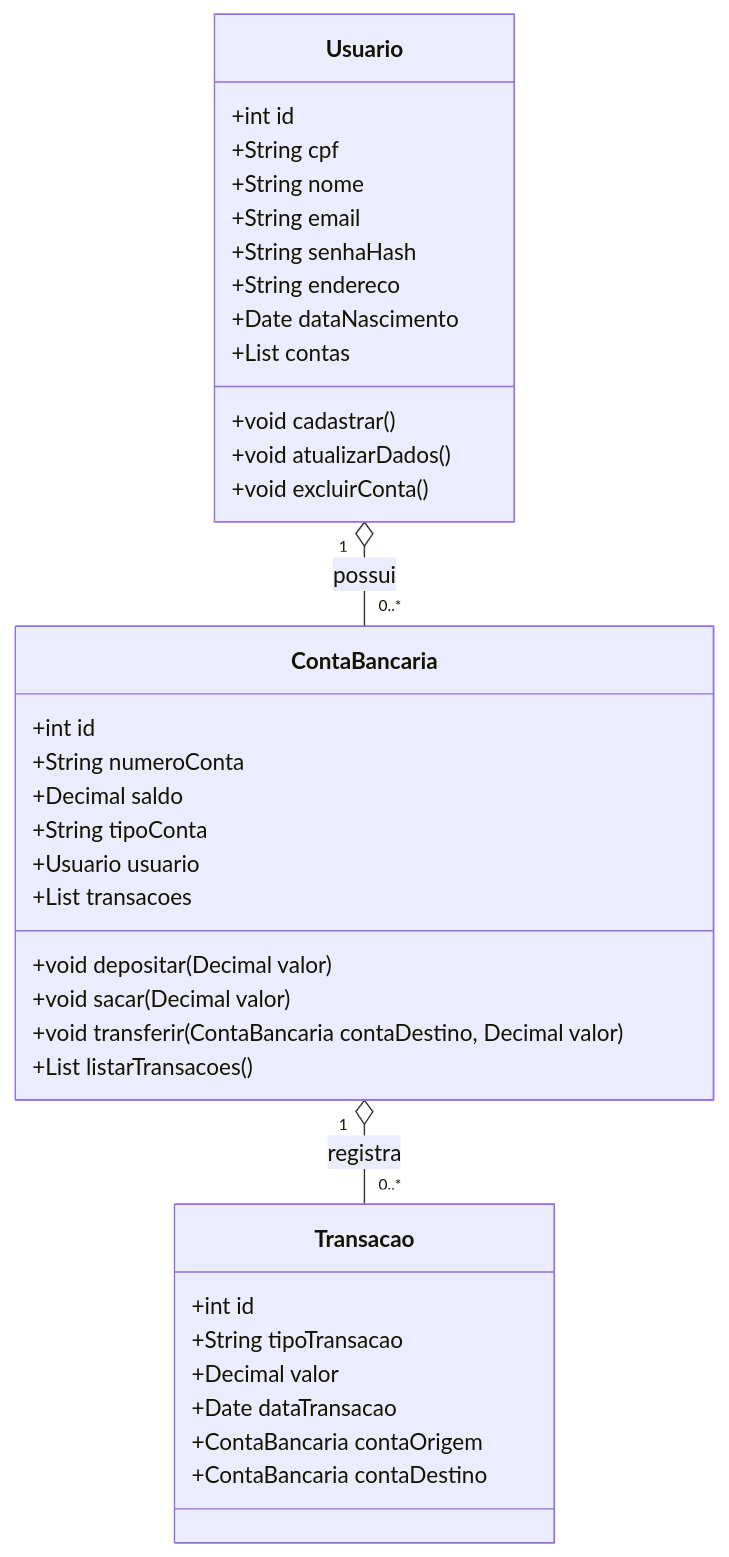
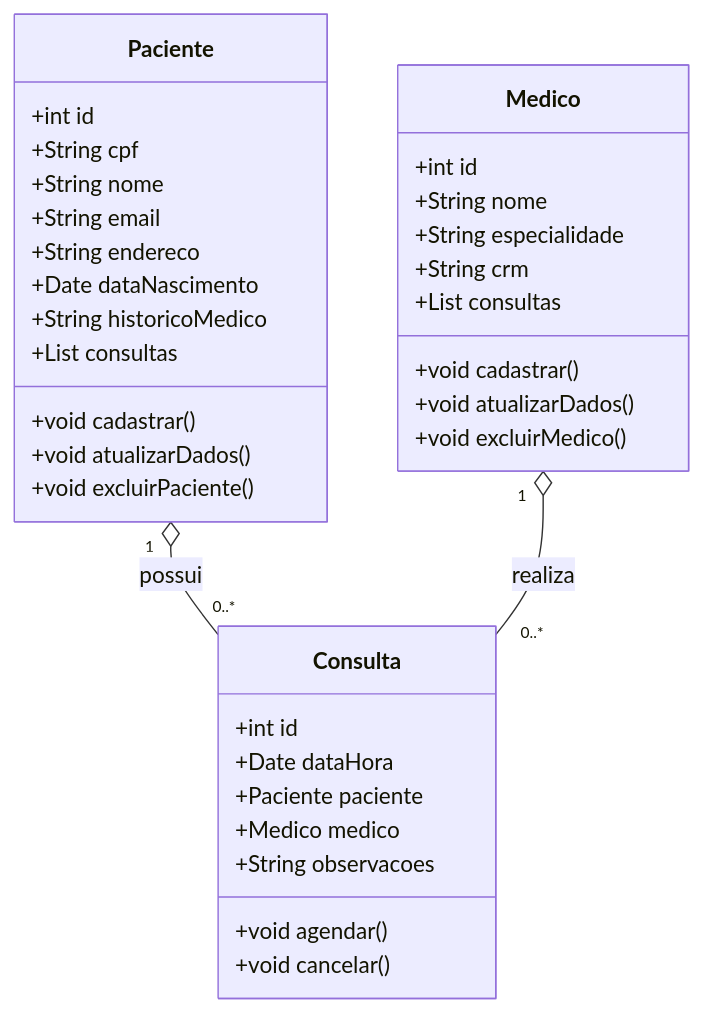
The first of 2 diagrams in somativa_java/README.md (DaviEspinosa/JAVA_4SEM), drawn with Mermaid before and after one commit. The commit also changed other lines of this file, not shown here.

````diff
--- a/somativa_java/README.md
+++ b/somativa_java/README.md
@@ -58,38 +56,38 @@
 ```mermaid
 classDiagram
-    class Usuario {
+    class Paciente {
         +int id
         +String cpf
         +String nome
         +String email
-        +String senhaHash
         +String endereco
         +Date dataNascimento
-        +List<ContaBancaria> contas
+        +String historicoMedico
+        +List<Consulta> consultas
         +void cadastrar()
         +void atualizarDados()
-        +void excluirConta()
+        +void excluirPaciente()
     }
-    class ContaBancaria {
+    class Medico {
         +int id
-        +String numeroConta
-        +Decimal saldo
-        +String tipoConta
-        +Usuario usuario
-        +void depositar(Decimal valor)
-        +void sacar(Decimal valor)
-        +void transferir(ContaBancaria contaDestino, Decimal valor)
-        +List<Transacao> transacoes
-        +List<Transacao> listarTransacoes()
+        +String nome
+        +String especialidade
+        +String crm
+        +List<Consulta> consultas
+        +void cadastrar()
+        +void atualizarDados()
+        +void excluirMedico()
     }
-    class Transacao {
+    class Consulta {
         +int id
-        +String tipoTransacao
-        +Decimal valor
-        +Date dataTransacao
-        +ContaBancaria contaOrigem
-        +ContaBancaria contaDestino
+        +Date dataHora
+        +Paciente paciente
+        +Medico medico
+        +String observacoes
+        +void agendar()
+        +void cancelar()
     }
-    Usuario "1" o-- "0..*" ContaBancaria : possui
-    ContaBancaria "1" o-- "0..*" Transacao : registra
+    Paciente "1" o-- "0..*" Consulta : possui
+    Medico "1" o-- "0..*" Consulta : realiza
+
 ```
````
